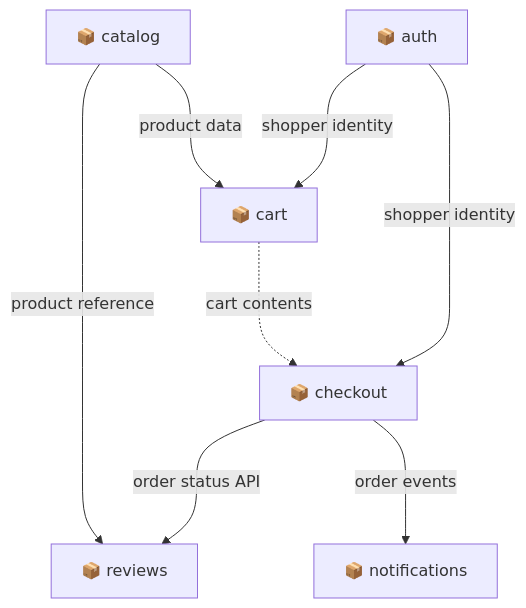
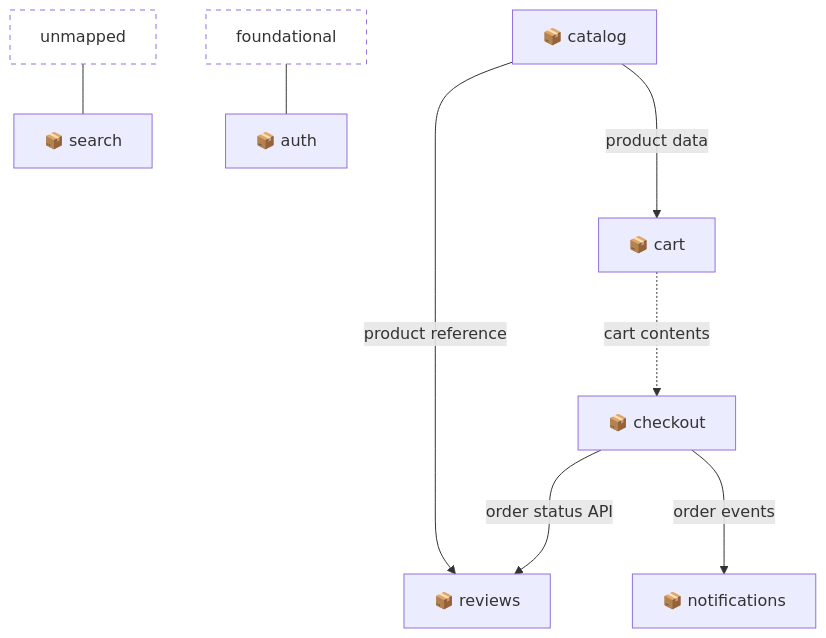
The first of 2 diagrams in .claude/skills/uspecs-domains/example-domain.md (untillpro/uspecs), drawn with Mermaid before and after one commit. The commit also changed other lines of this file and 2 other files, not shown here.

Commit message:
feat(docs): enhance Domain-level relationship guidance with foundational and unmapped Contexts classification

````diff
--- a/.claude/skills/uspecs-domains/example-domain.md
+++ b/.claude/skills/uspecs-domains/example-domain.md
@@ -93,16 +93,21 @@
 ```mermaid
 graph TD
   catalog["📦 catalog"]
   cart["📦 cart"]
   checkout["📦 checkout"]
   notifications["📦 notifications"]
   reviews["📦 reviews"]
+  search["📦 search"]
   auth["📦 auth"]
+  foundational["foundational"]
+  unmapped["unmapped"]
   catalog --->|"product data"| cart
   cart -..->|"cart contents"| checkout
   catalog --->|"product reference"| reviews
-  auth --->|"shopper identity"| checkout
-  auth --->|"shopper identity"| cart
   checkout --->|"order status API"| reviews
   checkout --->|"order events"| notifications
+  foundational --- auth
+  unmapped --- search
+  classDef specialNode fill:transparent,stroke-dasharray: 5 5
+  class foundational,unmapped specialNode
 ```
````
